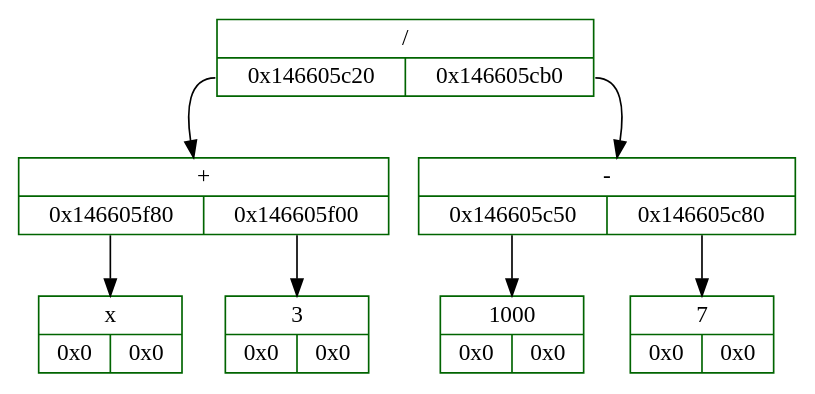
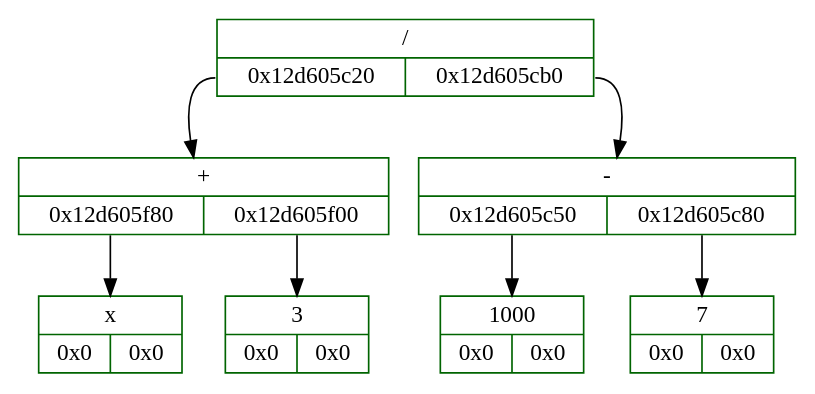
The diagram in log/dump.dot (whiterno/bin_exp_tree), drawn with Graphviz before and after one commit. The commit also changed 3 other files, not shown here.

```diff
--- a/log/dump.dot
+++ b/log/dump.dot
@@ -1,17 +1,17 @@
 digraph D{
 	rankdir = TB
 
-	node_5475687648 [color = "darkgreen", style = "filled", shape = "record", fillcolor = "white", label = "{ /  | {<fl5475687648> 0x146605c20 | <fr5475687648> 0x146605cb0}}"]
-	node_5475687648: <fl5475687648> -> node_5475687456 [color = "black", arrowhead = "normal", label = ""]
-	node_5475687456 [color = "darkgreen", style = "filled", shape = "record", fillcolor = "white", label = "{ +  | {<fl5475687456> 0x146605f80 | <fr5475687456> 0x146605f00}}"]
-	node_5475687456: <fl5475687456> -> node_5475688320 [color = "black", arrowhead = "normal", label = ""]
-	node_5475688320 [color = "darkgreen", style = "filled", shape = "record", fillcolor = "white", label = "{x  | {<fl5475688320> 0x0 | <fr5475688320> 0x0}}"]
-	node_5475687456: <fr5475687456> -> node_5475688192 [color = "black", arrowhead = "normal", label = ""]
-	node_5475688192 [color = "darkgreen", style = "filled", shape = "record", fillcolor = "white", label = "{3  | {<fl5475688192> 0x0 | <fr5475688192> 0x0}}"]
-	node_5475687648: <fr5475687648> -> node_5475687600 [color = "black", arrowhead = "normal", label = ""]
-	node_5475687600 [color = "darkgreen", style = "filled", shape = "record", fillcolor = "white", label = "{ -  | {<fl5475687600> 0x146605c50 | <fr5475687600> 0x146605c80}}"]
-	node_5475687600: <fl5475687600> -> node_5475687504 [color = "black", arrowhead = "normal", label = ""]
-	node_5475687504 [color = "darkgreen", style = "filled", shape = "record", fillcolor = "white", label = "{1000  | {<fl5475687504> 0x0 | <fr5475687504> 0x0}}"]
-	node_5475687600: <fr5475687600> -> node_5475687552 [color = "black", arrowhead = "normal", label = ""]
-	node_5475687552 [color = "darkgreen", style = "filled", shape = "record", fillcolor = "white", label = "{7  | {<fl5475687552> 0x0 | <fr5475687552> 0x0}}"]
+	node_5056257248 [color = "darkgreen", style = "filled", shape = "record", fillcolor = "white", label = "{ /  | {<fl5056257248> 0x12d605c20 | <fr5056257248> 0x12d605cb0}}"]
+	node_5056257248: <fl5056257248> -> node_5056257056 [color = "black", arrowhead = "normal", label = ""]
+	node_5056257056 [color = "darkgreen", style = "filled", shape = "record", fillcolor = "white", label = "{ +  | {<fl5056257056> 0x12d605f80 | <fr5056257056> 0x12d605f00}}"]
+	node_5056257056: <fl5056257056> -> node_5056257920 [color = "black", arrowhead = "normal", label = ""]
+	node_5056257920 [color = "darkgreen", style = "filled", shape = "record", fillcolor = "white", label = "{x  | {<fl5056257920> 0x0 | <fr5056257920> 0x0}}"]
+	node_5056257056: <fr5056257056> -> node_5056257792 [color = "black", arrowhead = "normal", label = ""]
+	node_5056257792 [color = "darkgreen", style = "filled", shape = "record", fillcolor = "white", label = "{3  | {<fl5056257792> 0x0 | <fr5056257792> 0x0}}"]
+	node_5056257248: <fr5056257248> -> node_5056257200 [color = "black", arrowhead = "normal", label = ""]
+	node_5056257200 [color = "darkgreen", style = "filled", shape = "record", fillcolor = "white", label = "{ -  | {<fl5056257200> 0x12d605c50 | <fr5056257200> 0x12d605c80}}"]
+	node_5056257200: <fl5056257200> -> node_5056257104 [color = "black", arrowhead = "normal", label = ""]
+	node_5056257104 [color = "darkgreen", style = "filled", shape = "record", fillcolor = "white", label = "{1000  | {<fl5056257104> 0x0 | <fr5056257104> 0x0}}"]
+	node_5056257200: <fr5056257200> -> node_5056257152 [color = "black", arrowhead = "normal", label = ""]
+	node_5056257152 [color = "darkgreen", style = "filled", shape = "record", fillcolor = "white", label = "{7  | {<fl5056257152> 0x0 | <fr5056257152> 0x0}}"]
 }
```
